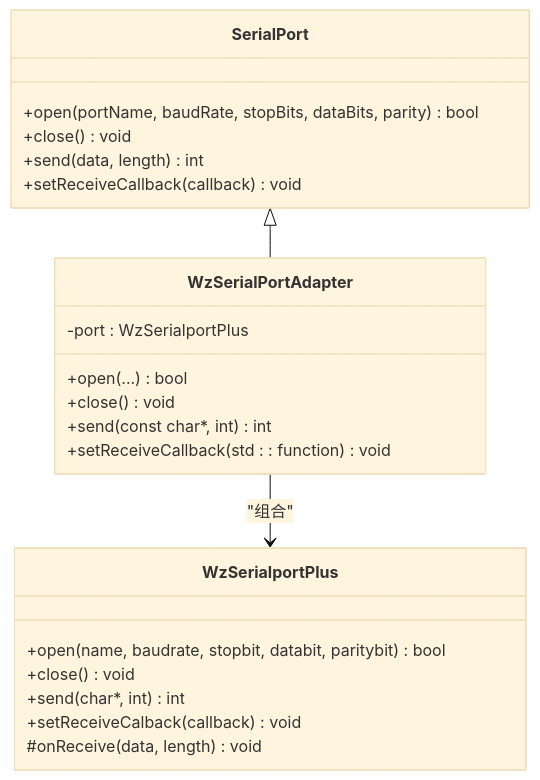
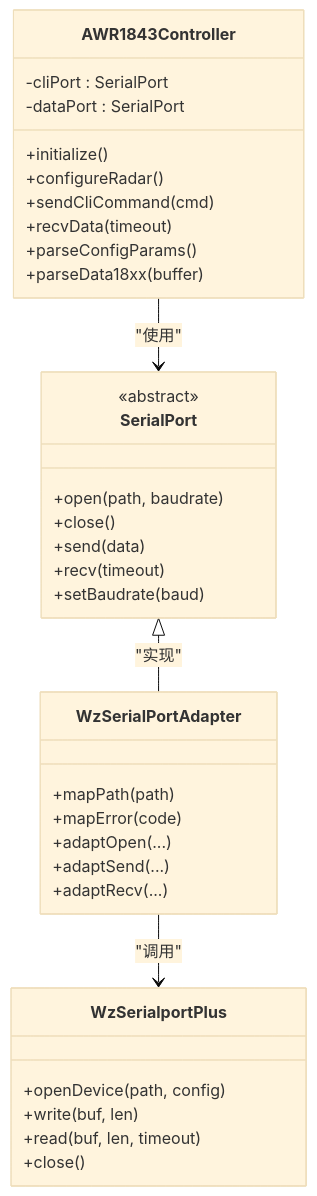
One commit to Lukad77/awr1843-radar-toolkit changed the third of 4 diagrams in .qoder/repowiki/zh/content/雷达与 DCA1000 设备控制/串口通信与 AWR1843 雷达控制.md. Above: the diagram before and after it, drawn with Mermaid (base theme). The commit also changed other lines of this file and 106 other files, not shown here.

````diff
--- a/.qoder/repowiki/zh/content/雷达与 DCA1000 设备控制/串口通信与 AWR1843 雷达控制.md
+++ b/.qoder/repowiki/zh/content/雷达与 DCA1000 设备控制/串口通信与 AWR1843 雷达控制.md
@@ -145,25 +179,37 @@
 ```mermaid
 classDiagram
+class AWR1843Controller {
++initialize()
++configureRadar()
++sendCliCommand(cmd)
++recvData(timeout)
++parseConfigParams()
++parseData18xx(buffer)
+-cliPort : SerialPort
+-dataPort : SerialPort
+}
 class SerialPort {
-+open(portName, baudRate, stopBits, dataBits, parity) bool
-+close() void
-+send(data, length) int
-+setReceiveCallback(callback) void
+<<abstract>>
++open(path, baudrate)
++close()
++send(data)
++recv(timeout)
++setBaudrate(baud)
 }
 class WzSerialPortAdapter {
--port : WzSerialportPlus
-+open(...) bool
-+close() void
-+send(const char*, int) int
-+setReceiveCallback(std : : function<void(char*,int)>) void
++mapPath(path)
++mapError(code)
++adaptOpen(...)
++adaptSend(...)
++adaptRecv(...)
 }
 class WzSerialportPlus {
-+open(name, baudrate, stopbit, databit, paritybit) bool
-+close() void
-+send(char*, int) int
-+setReceiveCalback(callback) void
-#onReceive(data, length) void
++openDevice(path, config)
++write(buf, len)
++read(buf, len, timeout)
++close()
 }
-SerialPort <|-- WzSerialPortAdapter
-WzSerialPortAdapter --> WzSerialportPlus : "组合"
+AWR1843Controller --> SerialPort : "使用"
+SerialPort <|-- WzSerialPortAdapter : "实现"
+WzSerialPortAdapter --> WzSerialportPlus : "调用"
 ```
````
